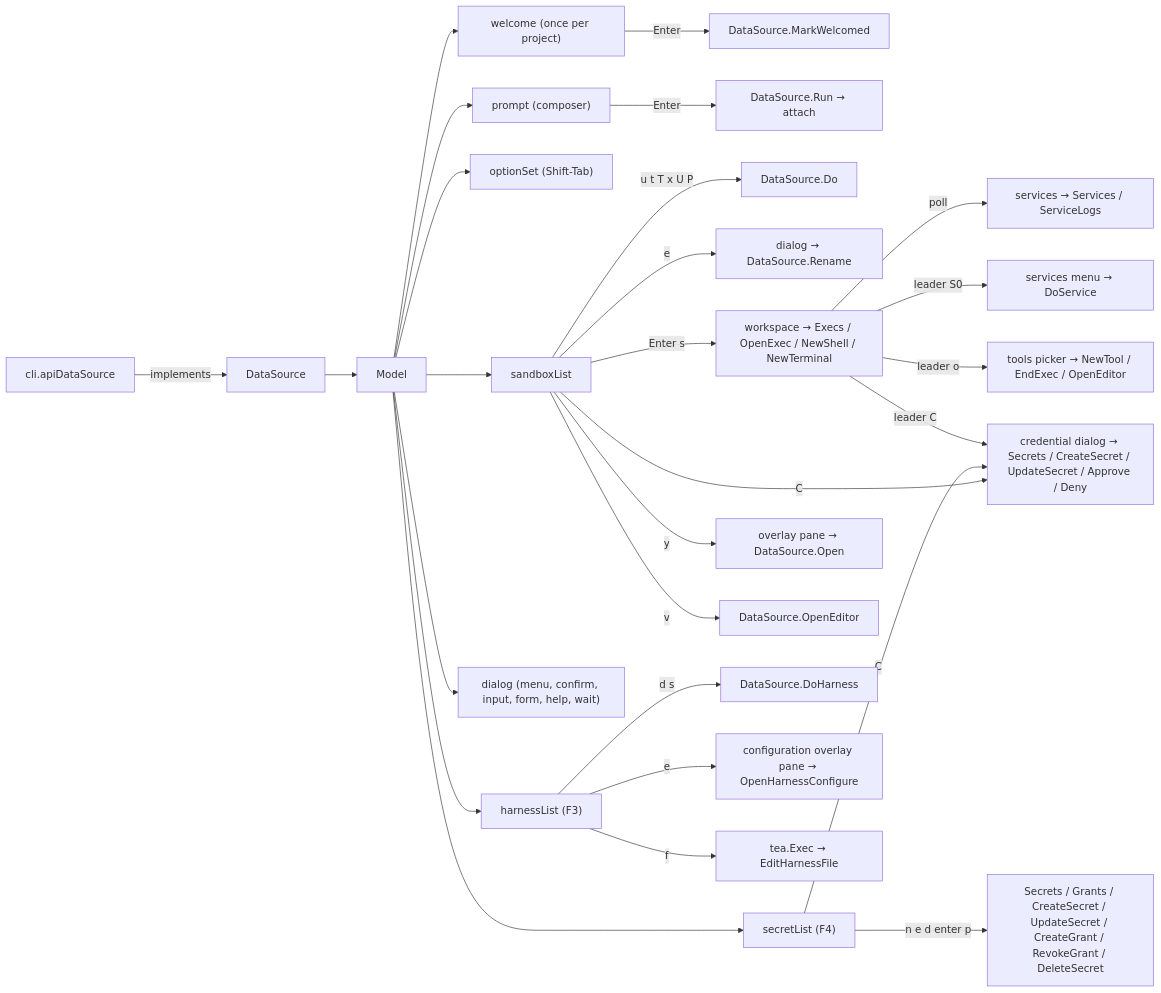
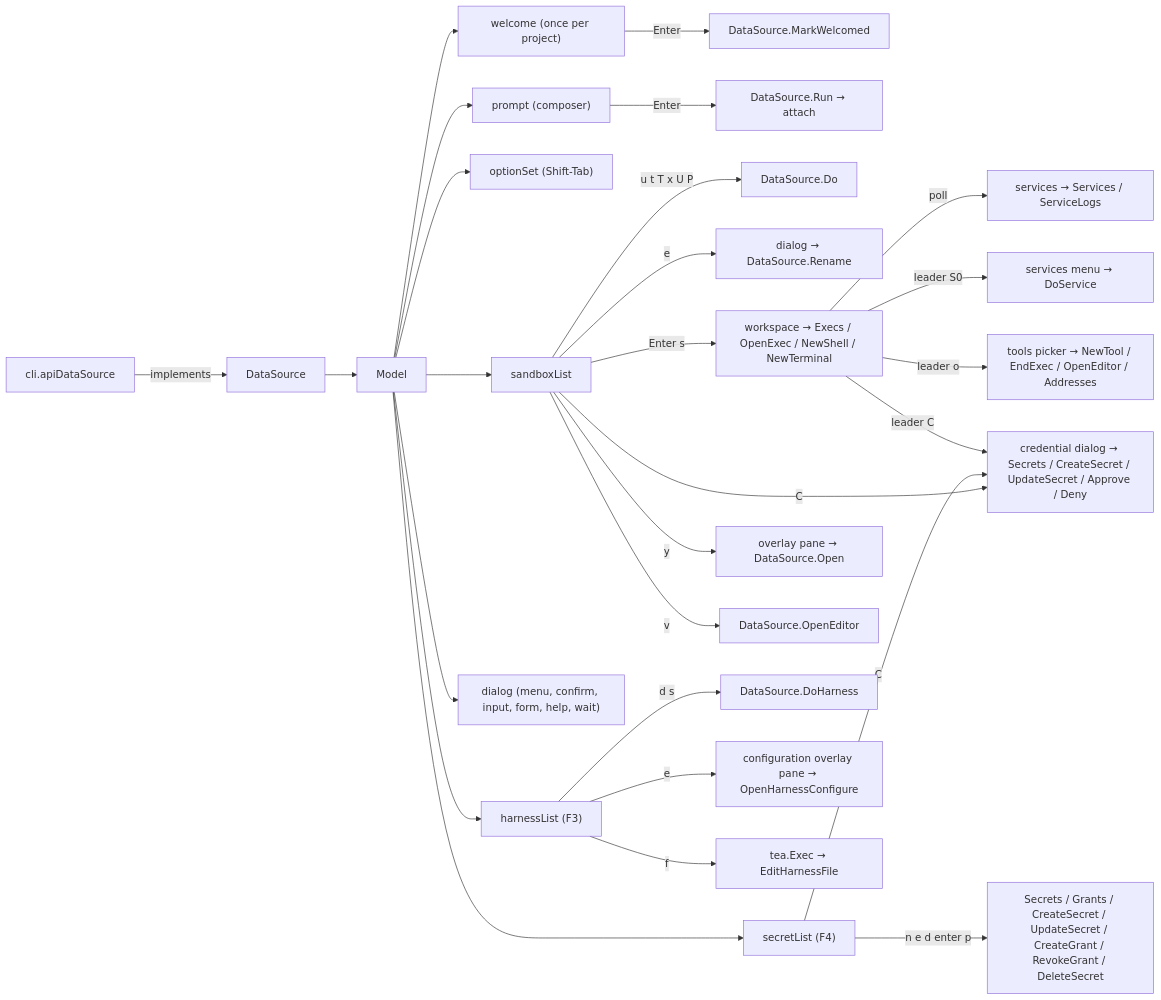
One commit to discobox-ai/discobox changed the diagram in cli/internal/tui/DESIGN.md. Above: the diagram before and after it, drawn with Mermaid. The commit also changed other lines of this file and 13 other files, not shown here.

````diff
--- a/cli/internal/tui/DESIGN.md
+++ b/cli/internal/tui/DESIGN.md
@@ -13,29 +13,29 @@
 ```mermaid
 flowchart LR
     CLI["cli.apiDataSource"] -->|implements| DS["DataSource"]
     DS --> M["Model"]
     M --> P["prompt (composer)"]
     M --> L["sandboxList"]
     M --> O["optionSet (Shift-Tab)"]
     M --> A["harnessList (F3)"]
     M --> D["dialog (menu, confirm, input, form, help, wait)"]
     M --> W["welcome (once per project)"]
     W -->|Enter| MW["DataSource.MarkWelcomed"]
     P -->|Enter| Run["DataSource.Run → attach"]
     L -->|u t T x U P| Verb["DataSource.Do"]
     L -->|e| Rename["dialog → DataSource.Rename"]
     L -->|Enter s| WS["workspace → Execs / OpenExec / NewShell / NewTerminal"]
     WS -->|poll| Svc["services → Services / ServiceLogs"]
     WS -->|leader S0| SvcMenu["services menu → DoService"]
     L -->|C| Cred["credential dialog → Secrets / CreateSecret / UpdateSecret / Approve / Deny"]
     M --> S["secretList (F4)"]
     S -->|n e d enter p| SVerb["Secrets / Grants / CreateSecret / UpdateSecret / CreateGrant / RevokeGrant / DeleteSecret"]
     S -->|C| Cred
     WS -->|leader C| Cred
     L -->|y| Overlay["overlay pane → DataSource.Open"]
     L -->|v| Editor["DataSource.OpenEditor"]
-    WS -->|leader o| T["tools picker → NewTool / EndExec / OpenEditor"]
+    WS -->|leader o| T["tools picker → NewTool / EndExec / OpenEditor / Addresses"]
     A -->|d s| AVerb["DataSource.DoHarness"]
     A -->|e| ACfg["configuration overlay pane → OpenHarnessConfigure"]
     A -->|f| AExec["tea.Exec → EditHarnessFile"]
 ```
````
